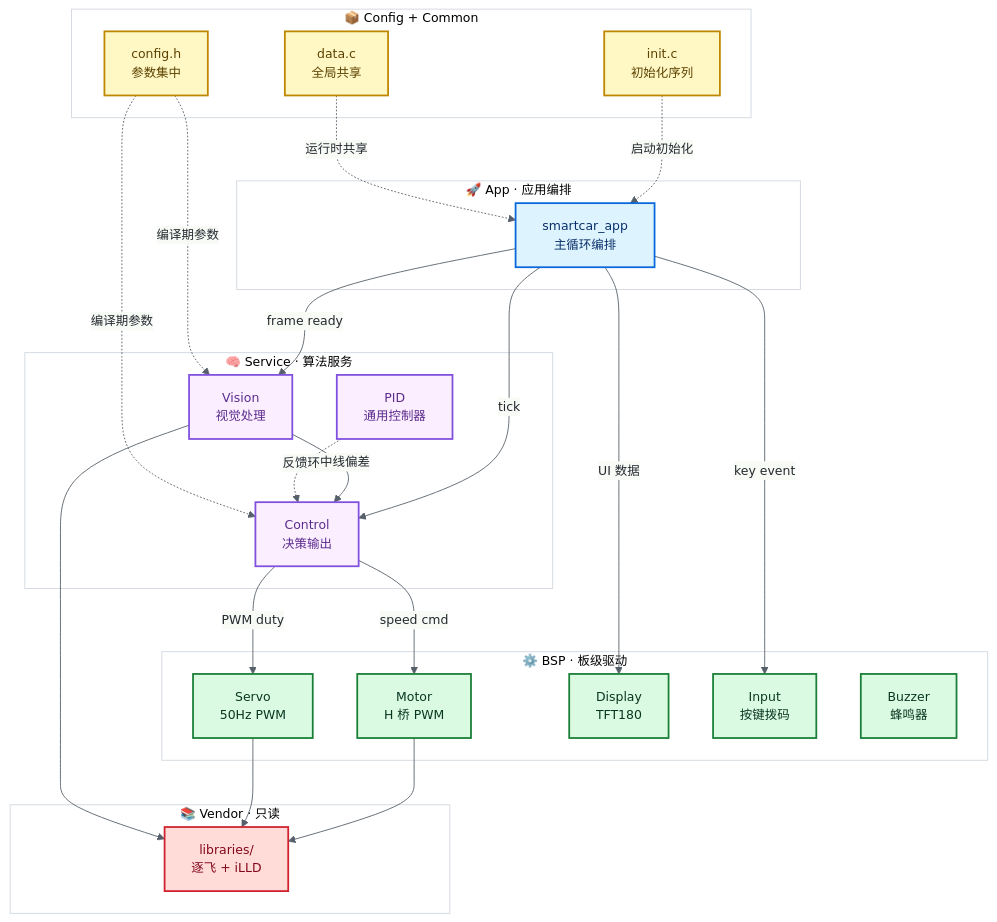
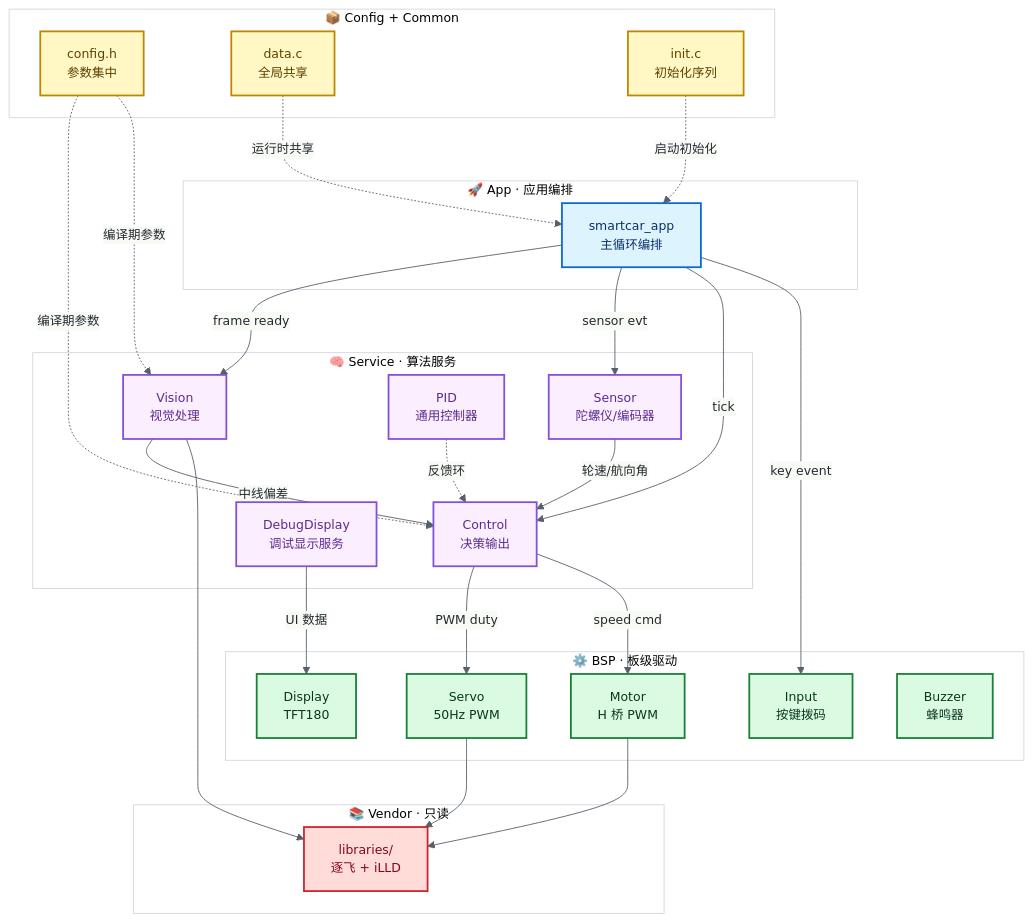
Before and after one commit to ParacosmYy/GS_Smart_car: the first of 3 diagrams in README.md, drawn with Mermaid. The commit also changed other lines of this file and 25 other files, not shown here.

````diff
--- a/README.md
+++ b/README.md
@@ -24,58 +24,62 @@
 ```mermaid
 %%{init: {'theme':'base','themeVariables':{'primaryColor':'#f6f8fa','primaryTextColor':'#24292f','primaryBorderColor':'#d0d7de','lineColor':'#57606a','fontSize':'14px','fontFamily':'ui-sans-serif,system-ui,-apple-system,Segoe UI,Helvetica,Arial,sans-serif','clusterBkg':'#ffffff','clusterBorder':'#d0d7de'}}}%%
 flowchart TD
     classDef appLayer fill:#ddf4ff,stroke:#0969da,stroke-width:2px,color:#0a3069
     classDef svcLayer fill:#fbefff,stroke:#8250df,stroke-width:2px,color:#5c2b8e
     classDef bspLayer fill:#dafbe1,stroke:#1a7f37,stroke-width:2px,color:#0a3622
     classDef cfgLayer fill:#fff8c5,stroke:#bf8700,stroke-width:2px,color:#5c4200
     classDef libLayer fill:#ffdcd7,stroke:#cf222e,stroke-width:2px,color:#82071e
 
     subgraph APP[" 🚀 App · 应用编排 "]
         APP1["smartcar_app<br/>主循环编排"]:::appLayer
     end
 
     subgraph SVC[" 🧠 Service · 算法服务 "]
         VIS["Vision<br/>视觉处理"]:::svcLayer
+        SEN["Sensor<br/>陀螺仪/编码器"]:::svcLayer
         CTL["Control<br/>决策输出"]:::svcLayer
         PID["PID<br/>通用控制器"]:::svcLayer
+        DBG["DebugDisplay<br/>调试显示服务"]:::svcLayer
     end
 
     subgraph BSP[" ⚙️ BSP · 板级驱动 "]
         MTR["Motor<br/>H 桥 PWM"]:::bspLayer
         SRV["Servo<br/>50Hz PWM"]:::bspLayer
         DSP["Display<br/>TFT180"]:::bspLayer
         INP["Input<br/>按键拨码"]:::bspLayer
         BUZ["Buzzer<br/>蜂鸣器"]:::bspLayer
     end
 
     subgraph CFG[" 📦 Config + Common "]
         CNF["config.h<br/>参数集中"]:::cfgLayer
         DAT["data.c<br/>全局共享"]:::cfgLayer
         INT["init.c<br/>初始化序列"]:::cfgLayer
     end
 
     subgraph LIB[" 📚 Vendor · 只读 "]
         VEN["libraries/<br/>逐飞 + iLLD"]:::libLayer
     end
 
     %% 主数据流（运行时调用）
     APP1 -->|frame ready| VIS
+    APP1 -->|sensor evt| SEN
     APP1 -->|tick| CTL
     VIS -->|中线偏差| CTL
+    SEN -->|轮速/航向角| CTL
     CTL -->|PWM duty| SRV
     CTL -->|speed cmd| MTR
-    APP1 -->|UI 数据| DSP
+    DBG -->|UI 数据| DSP
     APP1 -->|key event| INP
     PID -.->|反馈环| CTL
 
     %% 硬件抽象（BSP 调用 Vendor）
     MTR --> VEN
     SRV --> VEN
     VIS --> VEN
 
     %% 配置/初始化依赖（虚线 = 编译期/启动期）
     CNF -.->|编译期参数| CTL
     CNF -.->|编译期参数| VIS
     INT -.->|启动初始化| APP1
     DAT -.->|运行时共享| APP1
 ```
````
